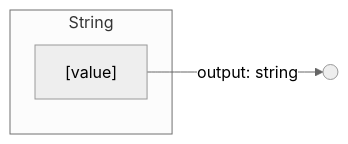
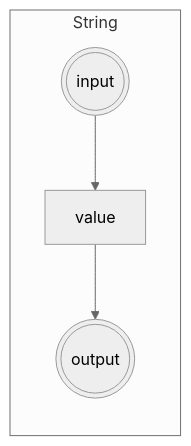
Before and after one commit to sisi0318/tool-website: the first of 7 diagrams in docs/product/low-code-canvas.md, drawn with Mermaid (neutral theme). The commit also changed other lines of this file, not shown here.

````diff
--- a/docs/product/low-code-canvas.md
+++ b/docs/product/low-code-canvas.md
@@ -44,7 +44,7 @@
 ```mermaid
 graph LR
     subgraph StringNode ["String"]
-        value["[value]"]
+        in((("input"))) --> value["value"]
+        value --> out((("output")))
     end
-    value -->|"output: string"| out(( ))
 ```
````
